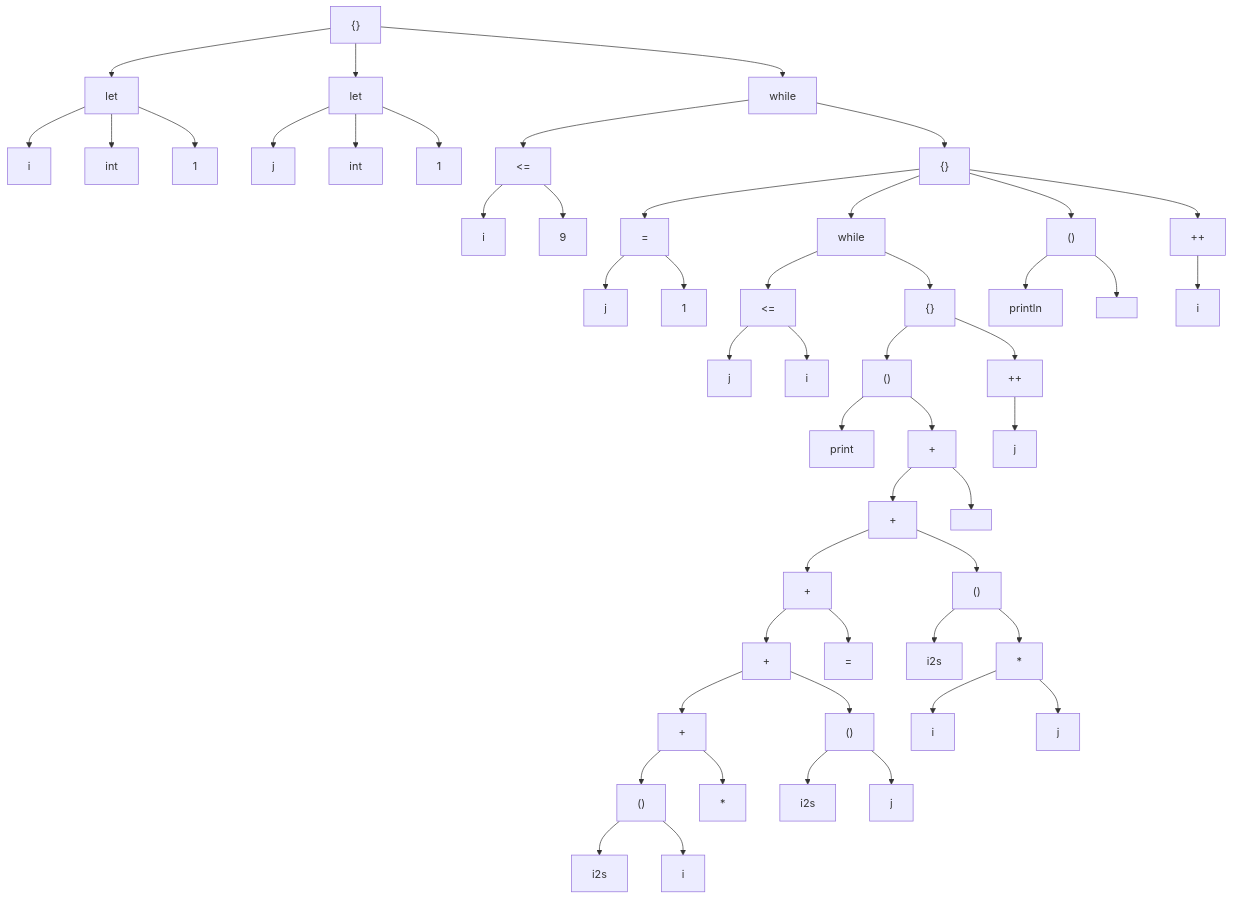
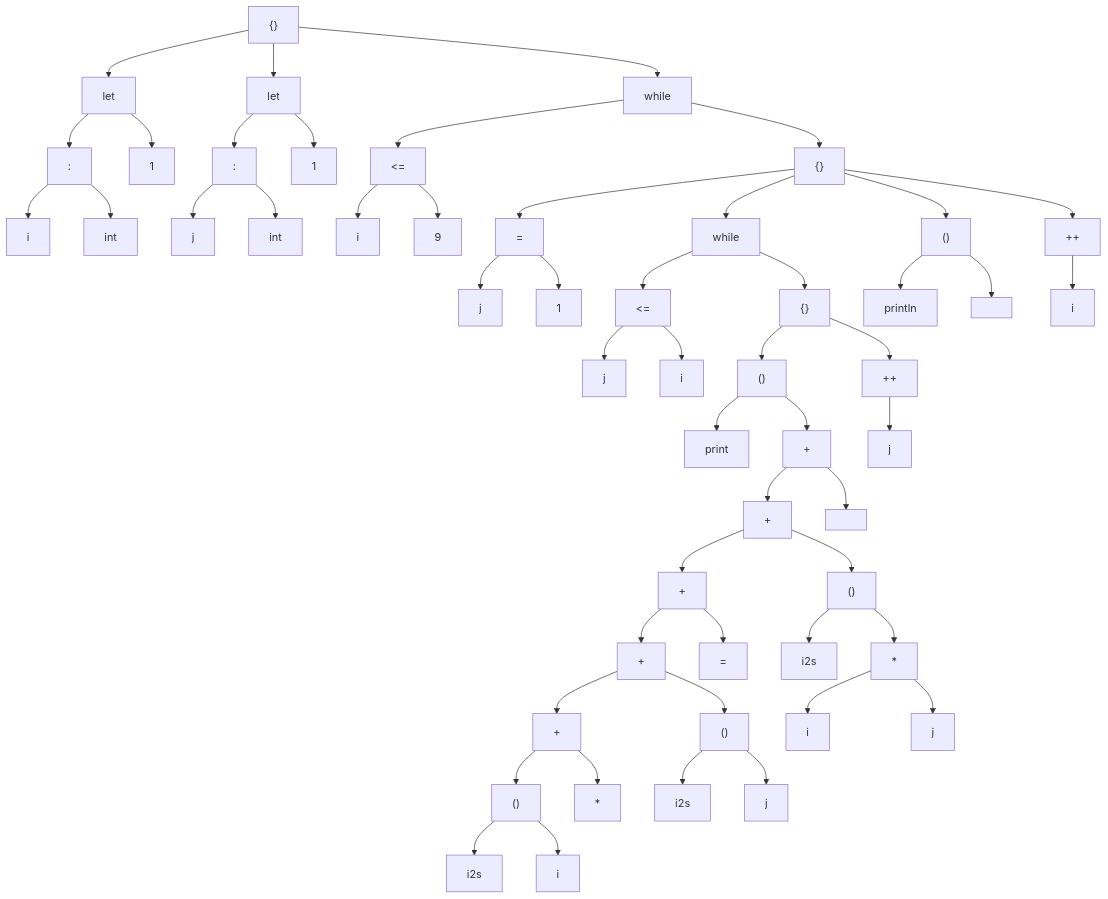
One commit to Yaossg/Porkchop changed the first of 2 diagrams in README.md. Above: the diagram before and after it, drawn with Mermaid. The commit also changed other lines of this file and 5 other files, not shown here.

````diff
--- a/README.md
+++ b/README.md
@@ -89,99 +89,103 @@
 0-->1
 1["let"]
 1-->2
-2["i"]
-1-->3
-3["int"]
-1-->4
-4["1"]
-0-->5
-5["let"]
-5-->6
-6["j"]
-5-->7
-7["int"]
-5-->8
-8["1"]
-0-->9
-9["while"]
-9-->10
-10["<="]
-10-->11
-11["i"]
-10-->12
-12["9"]
-9-->13
-13["{}"]
-13-->14
-14["="]
-14-->15
-15["j"]
-14-->16
-16["1"]
-13-->17
-17["while"]
-17-->18
-18["<="]
-18-->19
-19["j"]
-18-->20
-20["i"]
-17-->21
-21["{}"]
-21-->22
-22["()"]
-22-->23
-23["print"]
-22-->24
-24["+"]
+2[":"]
+2-->3
+3["i"]
+2-->4
+4["int"]
+1-->5
+5["1"]
+0-->6
+6["let"]
+6-->7
+7[":"]
+7-->8
+8["j"]
+7-->9
+9["int"]
+6-->10
+10["1"]
+0-->11
+11["while"]
+11-->12
+12["<="]
+12-->13
+13["i"]
+12-->14
+14["9"]
+11-->15
+15["{}"]
+15-->16
+16["="]
+16-->17
+17["j"]
+16-->18
+18["1"]
+15-->19
+19["while"]
+19-->20
+20["<="]
+20-->21
+21["j"]
+20-->22
+22["i"]
+19-->23
+23["{}"]
+23-->24
+24["()"]
 24-->25
-25["+"]
-25-->26
+25["print"]
+24-->26
 26["+"]
 26-->27
 27["+"]
 27-->28
 28["+"]
 28-->29
-29["()"]
+29["+"]
 29-->30
-30["i2s"]
-29-->31
-31["i"]
-28-->32
-32[""*""]
-27-->33
-33["()"]
-33-->34
-34["i2s"]
-33-->35
-35["j"]
-26-->36
-36[""=""]
-25-->37
-37["()"]
-37-->38
-38["i2s"]
-37-->39
-39["*"]
+30["+"]
+30-->31
+31["()"]
+31-->32
+32["i2s"]
+31-->33
+33["i"]
+30-->34
+34[""*""]
+29-->35
+35["()"]
+35-->36
+36["i2s"]
+35-->37
+37["j"]
+28-->38
+38[""=""]
+27-->39
+39["()"]
 39-->40
-40["i"]
+40["i2s"]
 39-->41
-41["j"]
-24-->42
-42["" ""]
-21-->43
-43["++"]
-43-->44
-44["j"]
-13-->45
-45["()"]
+41["*"]
+41-->42
+42["i"]
+41-->43
+43["j"]
+26-->44
+44["" ""]
+23-->45
+45["++"]
 45-->46
-46["println"]
-45-->47
-47["" ""]
-13-->48
-48["++"]
-48-->49
-49["i"]
+46["j"]
+15-->47
+47["()"]
+47-->48
+48["println"]
+47-->49
+49["" ""]
+15-->50
+50["++"]
+50-->51
+51["i"]
 ```
````
